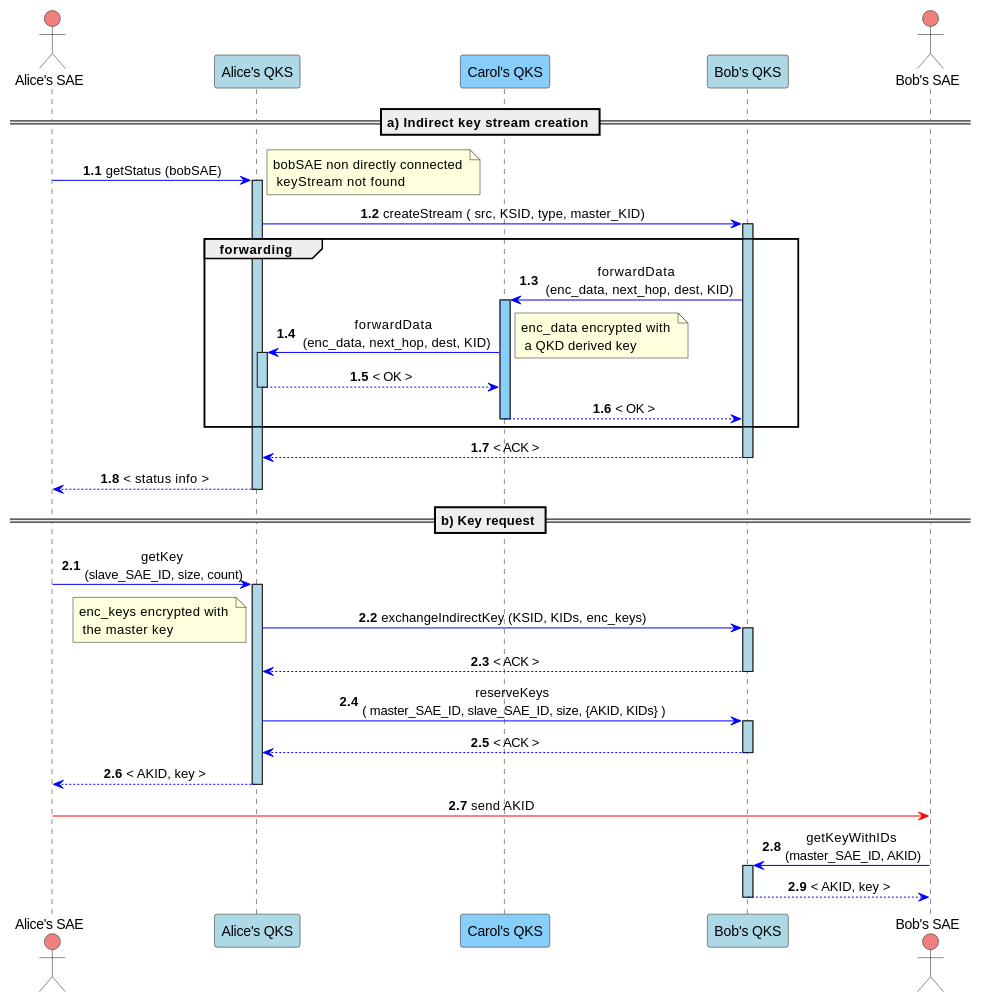
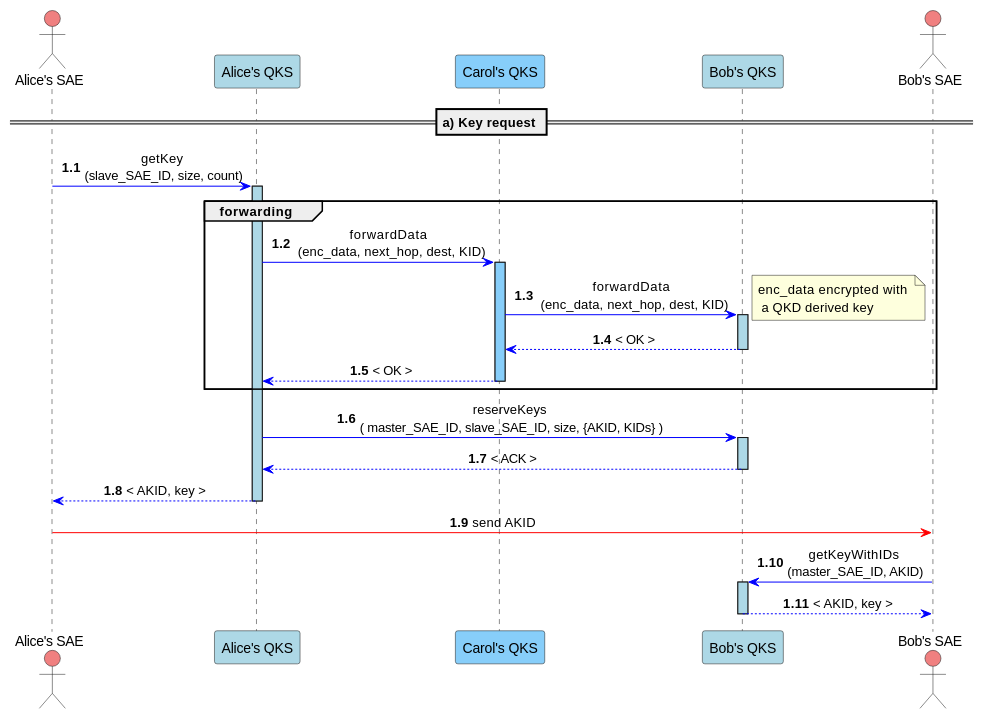
One commit to ignaziopedone/qkd-keyserver changed the second of 2 diagrams in docs/API_sequence_diagram.md. Above: the diagram before and after it, drawn with PlantUML. The commit also changed 4 other files, not shown here.

```diff
--- a/docs/API_sequence_diagram.md
+++ b/docs/API_sequence_diagram.md
@@ -75,41 +75,29 @@
 @startuml
 
 skinparam sequenceMessageAlign center
 actor "Alice's SAE" as ASAE order 1  #lightCoral
 actor "Bob's SAE" as BSAE order 5  #lightCoral
 participant "Alice's QKS" as AQKS order 2 #LightBlue
 participant "Bob's QKS" as BQKS order 4 #LightBlue
 participant "Carol's QKS" as CQKS order 3 #lightskyblue
 
-== a) Indirect key stream creation == 
+== a) Key request == 
 autonumber 1.1
-ASAE -[#blue]> AQKS ++ #LightBlue: getStatus (bobSAE)
-note right: bobSAE non directly connected \n keyStream not found 
-AQKS -[#blue]> BQKS ++ #lightblue : createStream ( src, KSID, type, master_KID) 
+ASAE -[#blue]> AQKS ++ #LightBlue: getKey \n(slave_SAE_ID, size, count) 
 
 group forwarding
-BQKS -[#blue]> CQKS ++ #lightskyblue: forwardData \n (enc_data, next_hop, dest, KID) 
-CQKS -[#blue]> AQKS ++ #lightblue: forwardData \n (enc_data, next_hop, dest, KID) 
+AQKS -[#blue]> CQKS ++ #lightskyblue: forwardData \n (enc_data, next_hop, dest, KID) 
+CQKS -[#blue]> BQKS ++ #lightblue: forwardData \n (enc_data, next_hop, dest, KID) 
 note right: enc_data encrypted with \n a QKD derived key 
-AQKS -[#blue]-> CQKS --: < OK >
-CQKS -[#blue]-> BQKS --: < OK >
+BQKS -[#blue]-> CQKS --: < OK >
+CQKS -[#blue]-> AQKS --: < OK >
 end
 
-BQKS -[#blue]-> AQKS --: < ACK > 
-AQKS -[#blue]-> ASAE --: < status info >
-
-
-== b) Key request == 
-autonumber inc A
-ASAE -[#blue]> AQKS ++ #LightBlue: getKey \n(slave_SAE_ID, size, count) 
-AQKS -[#blue]> BQKS ++ #LightBlue: exchangeIndirectKey (KSID, KIDs, enc_keys) 
-note left: enc_keys encrypted with \n the master key
-BQKS -[#blue]-> AQKS --: < ACK >
 AQKS -[#blue]> BQKS ++ #LightBlue:  reserveKeys \n( master_SAE_ID, slave_SAE_ID, size, {AKID, KIDs} )
 BQKS -[#blue]-> AQKS --: < ACK >
 AQKS -[#blue]-> ASAE -- : < AKID, key >
 ASAE -[#red]> BSAE : send AKID
 BSAE -[#blue]> BQKS ++ #LightBlue: getKeyWithIDs \n(master_SAE_ID, AKID)
 BQKS -[#blue]-> BSAE --: < AKID, key >
 
 @enduml
```
